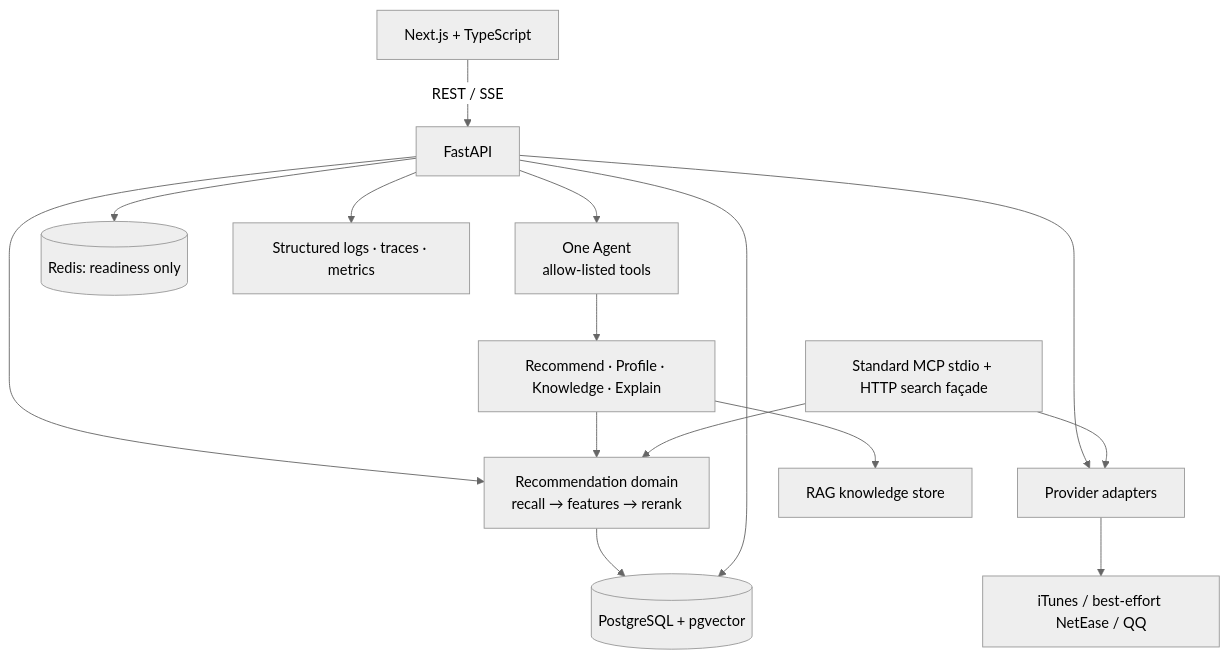
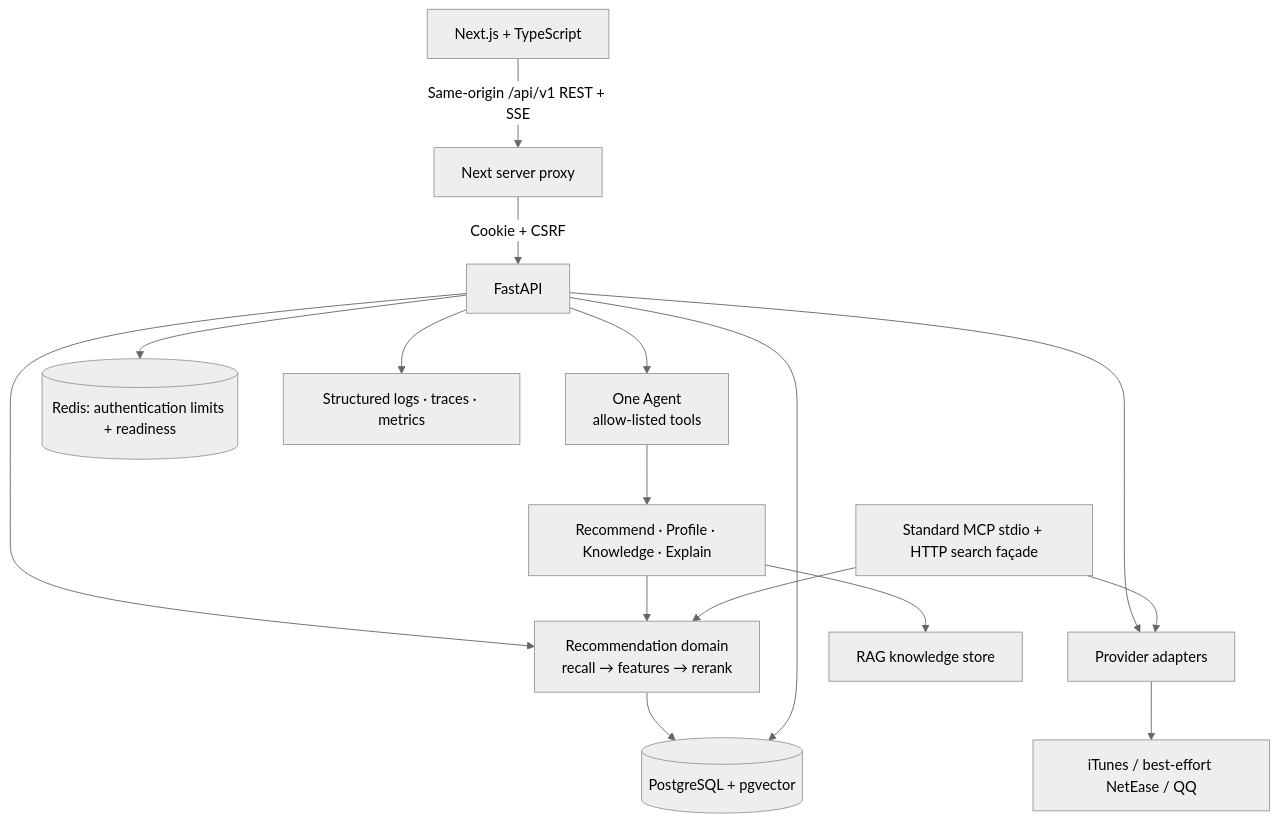
The second of 3 diagrams in ARCHITECTURE.md (jiangking22/music_recommendation_system), drawn with Mermaid (neutral theme) before and after one commit. The commit also changed other lines of this file and 31 other files, not shown here.

````diff
--- a/ARCHITECTURE.md
+++ b/ARCHITECTURE.md
@@ -75,17 +75,18 @@
 ```mermaid
 flowchart TB
-  Web[Next.js + TypeScript] -->|REST / SSE| API[FastAPI]
+  Web[Next.js + TypeScript] -->|Same-origin /api/v1 REST + SSE| Proxy[Next server proxy]
+  Proxy -->|Cookie + CSRF| API[FastAPI]
   API --> Rec[Recommendation domain\nrecall → features → rerank]
   API --> Agent[One Agent\nallow-listed tools]
   API --> Providers[Provider adapters]
   Rec --> PG[(PostgreSQL + pgvector)]
   API --> PG
-  API --> Redis[(Redis: readiness only)]
+  API --> Redis[(Redis: authentication limits + readiness)]
   Agent --> Tools[Recommend · Profile · Knowledge · Explain]
   Tools --> Rec
   Tools --> Knowledge[RAG knowledge store]
   MCP[Standard MCP stdio + HTTP search façade] --> Providers
   MCP --> Rec
   Providers --> Sources[iTunes / best-effort NetEase / QQ]
   API --> Obs[Structured logs · traces · metrics]
 ```
````
